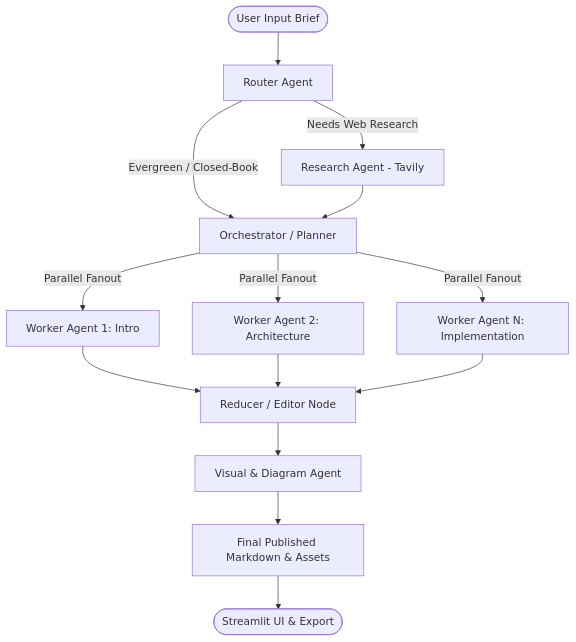
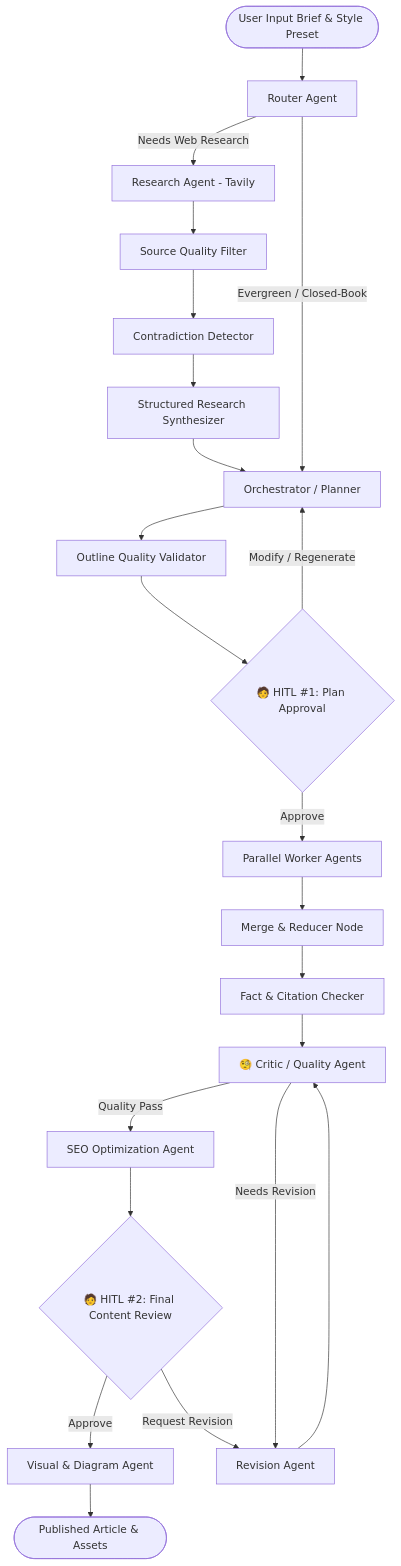
One commit to jeetsinghbhati7773/blog-writing-multi-agent changed the diagram in README.md. Above: the diagram before and after it, drawn with Mermaid. The commit also changed other lines of this file and 8 other files, not shown here.

Commit message:
feat: enhance blog writing multi-agent system, UI components, schemas, and add evaluation benchmark tests

````diff
--- a/README.md
+++ b/README.md
@@ -31,21 +23,32 @@
 ```mermaid
 flowchart TD
-    Start([User Input Brief]) --> Router[Router Agent]
+    Start([User Input Brief & Style Preset]) --> Router[Router Agent]
     
     Router -->|Needs Web Research| Research[Research Agent - Tavily]
     Router -->|Evergreen / Closed-Book| Orchestrator[Orchestrator / Planner]
     
-    Research --> Orchestrator
+    Research --> SourceFilter[Source Quality Filter]
+    SourceFilter --> Contradiction[Contradiction Detector]
+    Contradiction --> StructuredResearch[Structured Research Synthesizer]
+    StructuredResearch --> Orchestrator
     
-    Orchestrator -->|Parallel Fanout| Worker1[Worker Agent 1: Intro]
-    Orchestrator -->|Parallel Fanout| Worker2[Worker Agent 2: Architecture]
-    Orchestrator -->|Parallel Fanout| Worker3[Worker Agent N: Implementation]
+    Orchestrator --> OutlineValidator[Outline Quality Validator]
+    OutlineValidator --> HITL1{🧑 HITL #1: Plan Approval}
     
-    Worker1 --> Reducer[Reducer / Editor Node]
-    Worker2 --> Reducer
-    Worker3 --> Reducer
+    HITL1 -->|Approve| WorkerFanout[Parallel Worker Agents]
+    HITL1 -->|Modify / Regenerate| Orchestrator
     
-    Reducer --> Visual[Visual & Diagram Agent]
-    Visual --> Final[Final Published Markdown & Assets]
-    Final --> End([Streamlit UI & Export])
+    WorkerFanout --> MergeContent[Merge & Reducer Node]
+    MergeContent --> FactChecker[Fact & Citation Checker]
+    FactChecker --> Critic[🧐 Critic / Quality Agent]
+    
+    Critic -->|Quality Pass| SEOAgent[SEO Optimization Agent]
+    Critic -->|Needs Revision| Revision[Revision Agent] --> Critic
+    
+    SEOAgent --> HITL2{🧑 HITL #2: Final Content Review}
+    
+    HITL2 -->|Approve| Visual[Visual & Diagram Agent]
+    HITL2 -->|Request Revision| Revision
+    
+    Visual --> Final([Published Article & Assets])
 ```
````
